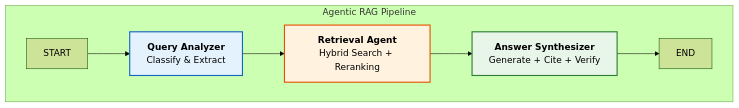
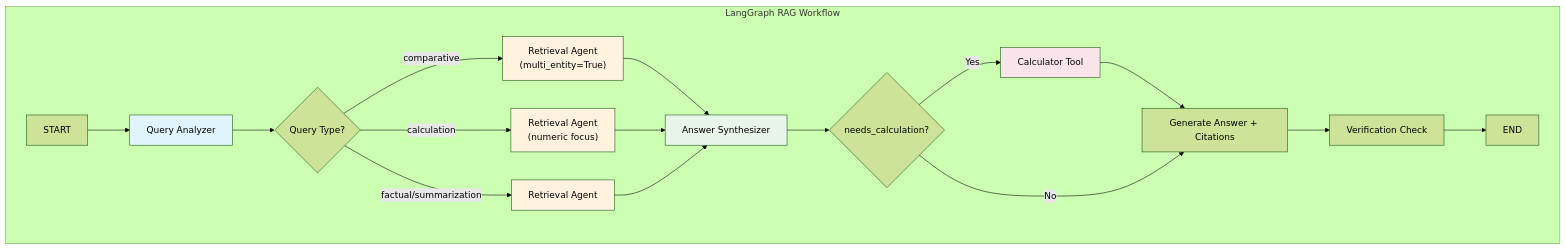
The diagram in docs/ARCHITECTURE.md (sabiqmohd/Agentic-Retrieval-System), drawn with Mermaid (forest theme) before and after one commit.

Commit message:
change in diagram

````diff
--- a/docs/ARCHITECTURE.md
+++ b/docs/ARCHITECTURE.md
@@ -10,17 +10,31 @@
 ```mermaid
 graph TD
-    subgraph "Agentic RAG Pipeline"
-        START --> Analyzer[<b>Query Analyzer</b><br>Classify & Extract]
+    subgraph "LangGraph RAG Workflow"
+        A[START] --> B[Query Analyzer]
         
-        Analyzer --> Retrieval[<b>Retrieval Agent</b><br>Hybrid Search + Reranking]
+        B --> C{Query Type?}
         
-        Retrieval --> Synthesizer[<b>Answer Synthesizer</b><br>Generate + Cite + Verify]
+        C -->|comparative| D["Retrieval Agent<br/>(multi_entity=True)"]
+        C -->|calculation| E["Retrieval Agent<br/>(numeric focus)"]
+        C -->|factual/summarization| F[Retrieval Agent]
         
-        Synthesizer --> END
+        D --> G[Answer Synthesizer]
+        E --> G
+        F --> G
+        
+        G --> H{needs_calculation?}
+        H -->|Yes| I[Calculator Tool]
+        I --> J[Generate Answer + Citations]
+        H -->|No| J
+        
+        J --> K[Verification Check]
+        K --> L[END]
     end
-
-    %% Styles
-    style Analyzer fill:#e3f2fd,stroke:#1565c0,stroke-width:2px
-    style Retrieval fill:#fff3e0,stroke:#e65100,stroke-width:2px
-    style Synthesizer fill:#e8f5e9,stroke:#2e7d32,stroke-width:2px
+    
+    style B fill:#e1f5fe
+    style D fill:#fff3e0
+    style E fill:#fff3e0
+    style F fill:#fff3e0
+    style G fill:#e8f5e9
+    style I fill:#fce4ec
 ```
````
